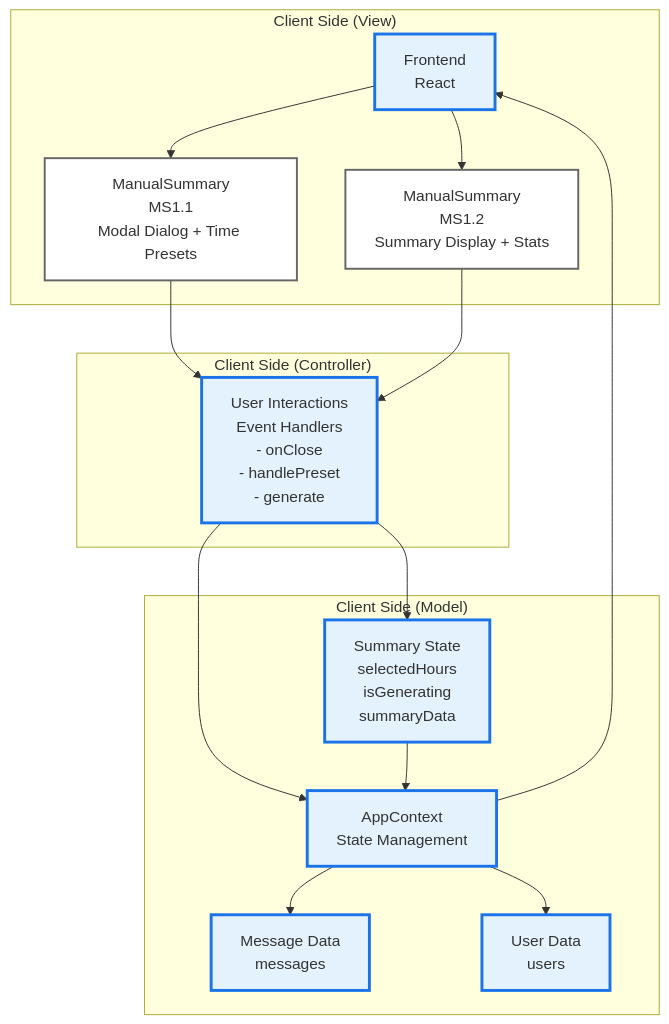
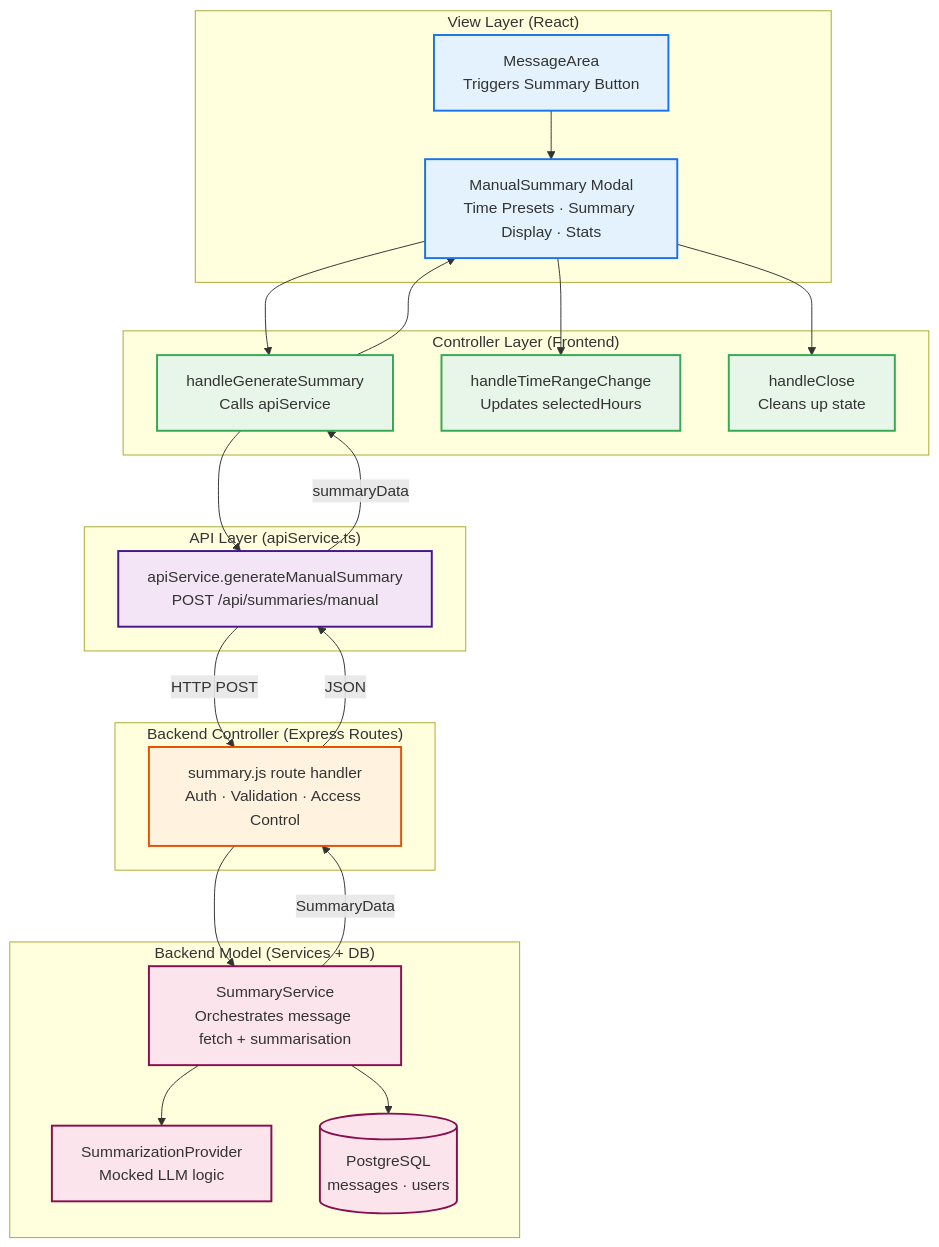
One commit to LibertyQuinzel/Web-Based-Discord-Clone changed the diagram in docs/diagrams/manual_architecture_diagram.mmd. Above: the diagram before and after it, drawn with Mermaid. The commit also changed 67 other files, not shown here.

Commit message:
P4: Backend implementation with tests, docs, and diagrams

```diff
--- a/docs/diagrams/manual_architecture_diagram.mmd
+++ b/docs/diagrams/manual_architecture_diagram.mmd
@@ -1,38 +1,53 @@
 graph TB
-    %% Manual Summary - Architecture Diagram
-    %% MVC Architecture Pattern
+    %% Manual Summary (US1) - MVC Architecture with Backend
 
-    subgraph "Client Side (View)"
-        A[Frontend<br/>React]
-        B[ManualSummary<br/>MS1.1<br/>Modal Dialog + Time Presets]
-        C[ManualSummary<br/>MS1.2<br/>Summary Display + Stats]
+    subgraph "View Layer (React)"
+        V1[ManualSummary Modal<br/>Time Presets · Summary Display · Stats]
+        V2[MessageArea<br/>Triggers Summary Button]
     end
 
-    subgraph "Client Side (Controller)"
-        D[User Interactions<br/>Event Handlers<br/>- onClose<br/>- handlePreset<br/>- generate]
+    subgraph "Controller Layer (Frontend)"
+        C1[handleGenerateSummary<br/>Calls apiService]
+        C2[handleTimeRangeChange<br/>Updates selectedHours]
+        C3[handleClose<br/>Cleans up state]
     end
 
-    subgraph "Client Side (Model)"
-        E[AppContext<br/>State Management]
-        F[Message Data<br/>messages]
-        G[User Data<br/>users]
-        H[Summary State<br/>selectedHours<br/>isGenerating<br/>summaryData]
+    subgraph "API Layer (apiService.ts)"
+        API[apiService.generateManualSummary<br/>POST /api/summaries/manual]
     end
 
-    %% MVC Data Flow
-    A --> B
-    A --> C
-    B --> D
-    C --> D
-    D --> E
-    D --> H
-    E --> F
-    E --> G
-    H --> E
-    E --> A
+    subgraph "Backend Controller (Express Routes)"
+        RC[summary.js route handler<br/>Auth · Validation · Access Control]
+    end
 
-    %% Styling
-    classDef clientClass fill:#e3f2fd,stroke:#1a73e8,stroke-width:3px
-    classDef componentClass fill:#ffffff,stroke:#666666,stroke-width:2px
-    class A,B,C,D,E,F,G,H clientClass
-    class B,C componentClass
+    subgraph "Backend Model (Services + DB)"
+        SVC[SummaryService<br/>Orchestrates message fetch + summarisation]
+        LLM[SummarizationProvider<br/>Mocked LLM logic]
+        DB[(PostgreSQL<br/>messages · users)]
+    end
+
+    V2 --> V1
+    V1 --> C1
+    V1 --> C2
+    V1 --> C3
+    C1 --> API
+    API -->|HTTP POST| RC
+    RC --> SVC
+    SVC --> LLM
+    SVC --> DB
+    SVC -->|SummaryData| RC
+    RC -->|JSON| API
+    API -->|summaryData| C1
+    C1 --> V1
+
+    classDef view fill:#e3f2fd,stroke:#1a73e8,stroke-width:2px
+    classDef controller fill:#e8f5e9,stroke:#34a853,stroke-width:2px
+    classDef api fill:#f3e5f5,stroke:#4a148c,stroke-width:2px
+    classDef backend fill:#fff3e0,stroke:#e65100,stroke-width:2px
+    classDef model fill:#fce4ec,stroke:#880e4f,stroke-width:2px
+
+    class V1,V2 view
+    class C1,C2,C3 controller
+    class API api
+    class RC backend
+    class SVC,LLM,DB model
```
